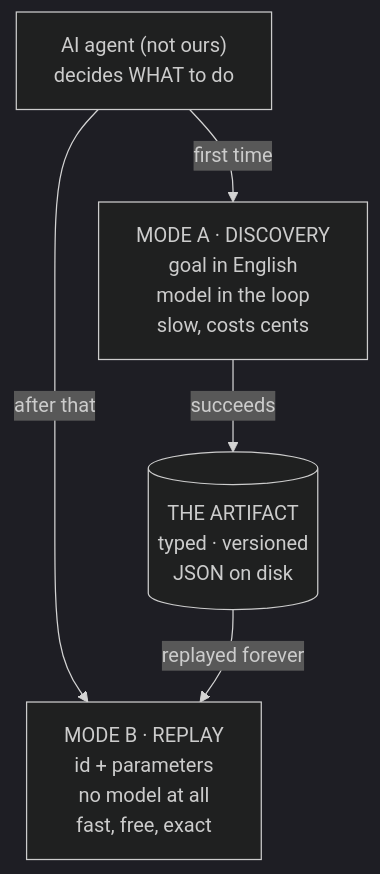
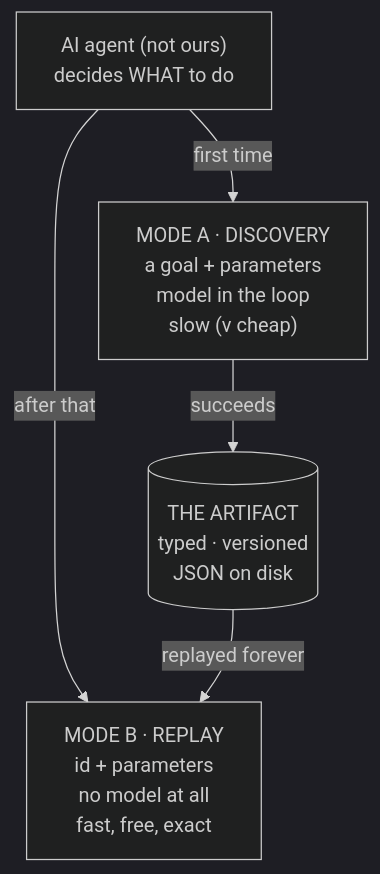
One commit to Advaith789/aihands changed the first of 4 diagrams in README.md. Above: the diagram before and after it, drawn with Mermaid (dark theme). The commit also changed other lines of this file and 1 other file, not shown here.

````diff
--- a/README.md
+++ b/README.md
@@ -132,10 +132,10 @@
 ```mermaid
 flowchart TB
   AG["AI agent (not ours)<br/>decides WHAT to do"]
   AG -->|first time| A
   AG -->|after that| B
-  A["MODE A · DISCOVERY<br/>goal in English<br/>model in the loop<br/>slow, costs cents"]
+  A["MODE A · DISCOVERY<br/>a goal + parameters<br/>model in the loop<br/>slow (v cheap)"]
   B["MODE B · REPLAY<br/>id + parameters<br/>no model at all<br/>fast, free, exact"]
   A -->|succeeds| ART[("THE ARTIFACT<br/>typed · versioned<br/>JSON on disk")]
   ART -->|replayed forever| B
 ```
````
